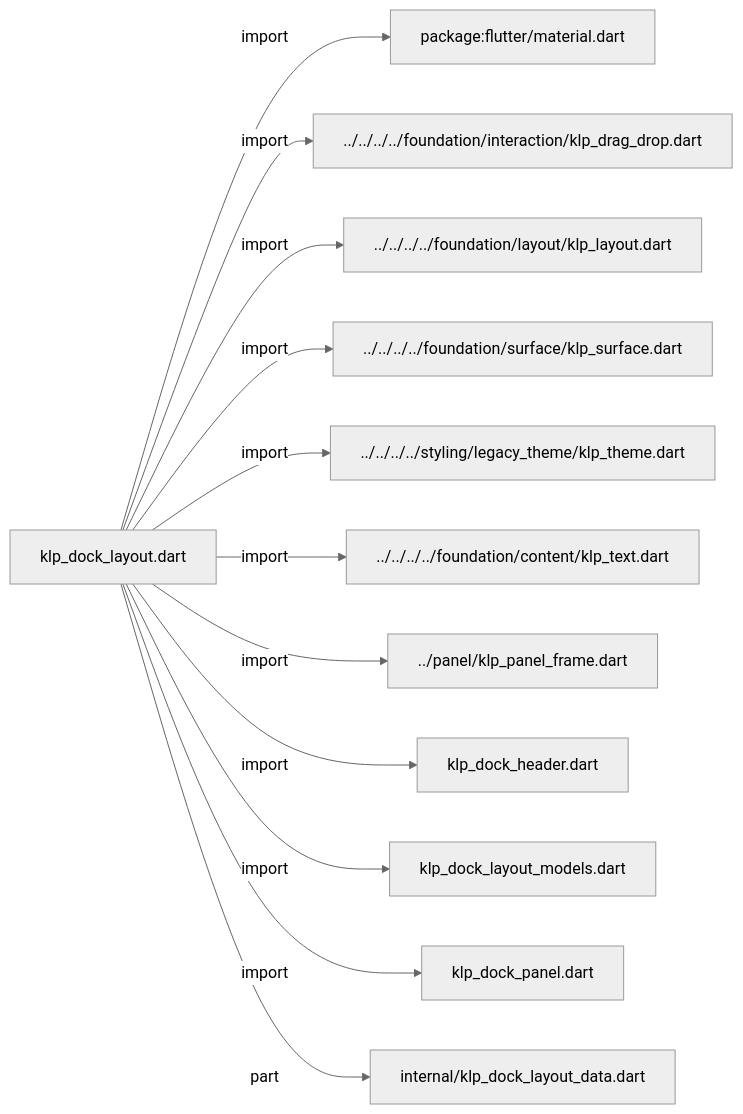
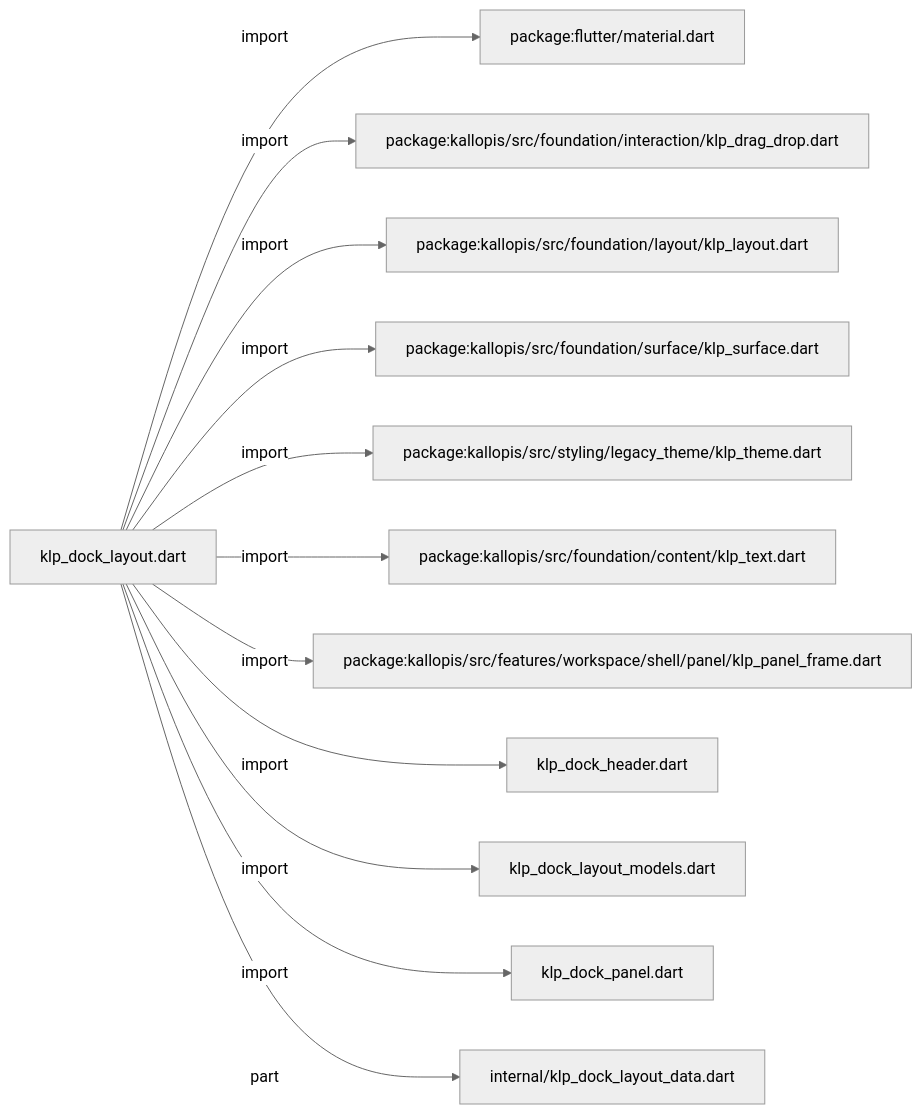
The first of 4 diagrams in docs/architecture/src/features/workspace/shell/docking/klp_dock_layout.md (MiuDog/Kallopis), drawn with Mermaid (neutral theme) before and after one commit. The commit also changed other lines of this file and 9688 other files, not shown here.

Commit message:
Prepare isolated Flow F2 peer baseline

````diff
--- a/docs/architecture/src/features/workspace/shell/docking/klp_dock_layout.md
+++ b/docs/architecture/src/features/workspace/shell/docking/klp_dock_layout.md
@@ -11,26 +11,26 @@
 ```mermaid
 flowchart LR
 	n0["klp_dock_layout.dart"]
 	n1["package:flutter/material.dart"]
-	n2["../../../../foundation/interaction/klp_drag_drop.dart"]
-	n3["../../../../foundation/layout/klp_layout.dart"]
-	n4["../../../../foundation/surface/klp_surface.dart"]
-	n5["../../../../styling/legacy_theme/klp_theme.dart"]
-	n6["../../../../foundation/content/klp_text.dart"]
-	n7["../panel/klp_panel_frame.dart"]
+	n2["package:kallopis/src/foundation/interaction/klp_drag_drop.dart"]
+	n3["package:kallopis/src/foundation/layout/klp_layout.dart"]
+	n4["package:kallopis/src/foundation/surface/klp_surface.dart"]
+	n5["package:kallopis/src/styling/legacy_theme/klp_theme.dart"]
+	n6["package:kallopis/src/foundation/content/klp_text.dart"]
+	n7["package:kallopis/src/features/workspace/shell/panel/klp_panel_frame.dart"]
 	n8["klp_dock_header.dart"]
 	n9["klp_dock_layout_models.dart"]
 	n10["klp_dock_panel.dart"]
 	n11["internal/klp_dock_layout_data.dart"]
 	n0 -->|"import"| n1
 	n0 -->|"import"| n2
 	n0 -->|"import"| n3
 	n0 -->|"import"| n4
 	n0 -->|"import"| n5
 	n0 -->|"import"| n6
 	n0 -->|"import"| n7
 	n0 -->|"import"| n8
 	n0 -->|"import"| n9
 	n0 -->|"import"| n10
 	n0 -->|"part"| n11
 ```
````
